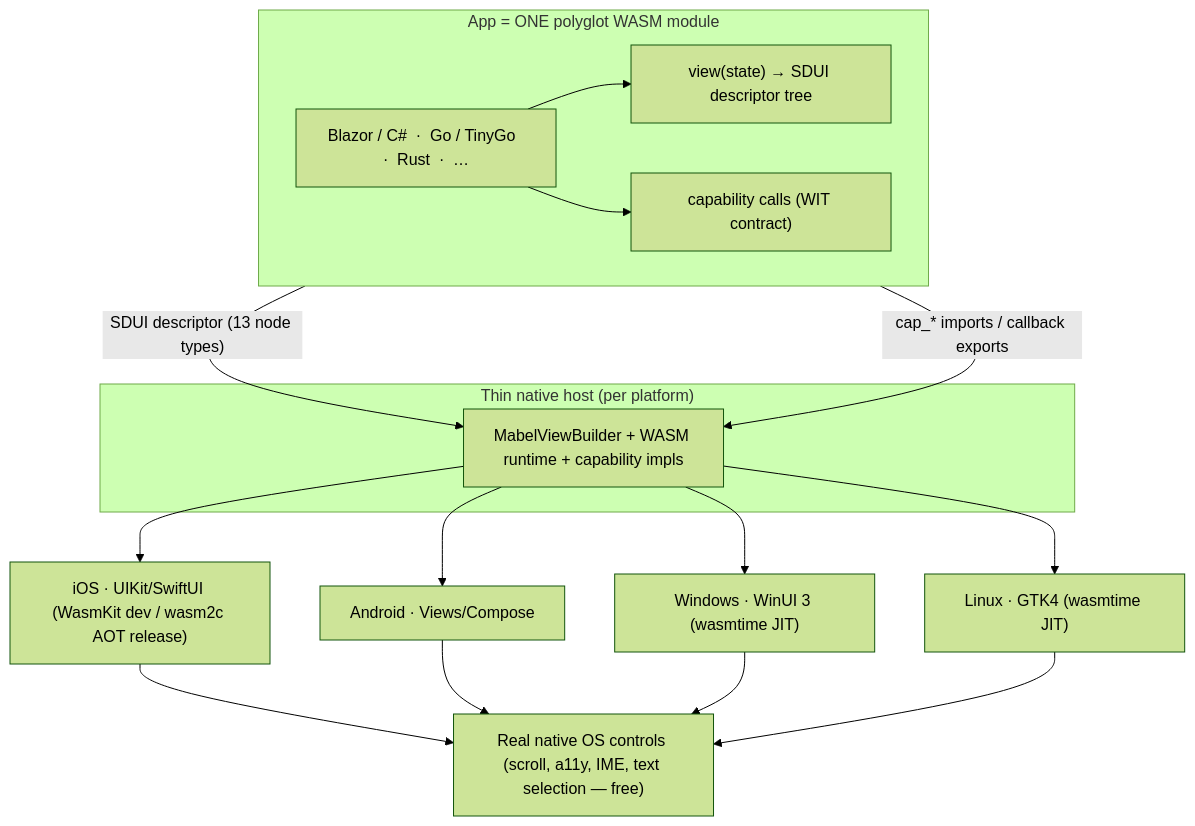
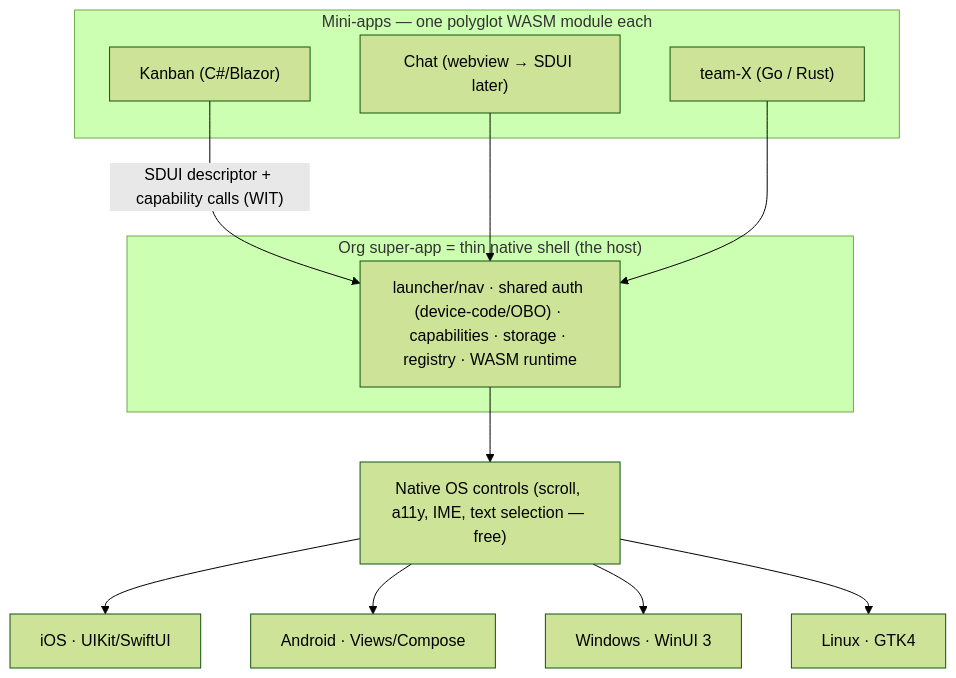
Before and after one commit to dmarquezbh/mabel-framework: the diagram in README.md, drawn with Mermaid (forest theme). The commit also changed other lines of this file and 8 other files, not shown here.

First line of the commit message:
docs(arch): reframe as Org super-app platform + OTA + polyglot authoring + status matrix

````diff
--- a/README.md
+++ b/README.md
@@ -26,25 +52,21 @@
 ```mermaid
 flowchart TD
-    subgraph guest["App = ONE polyglot WASM module"]
-        A["Blazor / C#  ·  Go / TinyGo  ·  Rust  ·  …"]
-        A --> B["view(state) → SDUI descriptor tree"]
-        A --> C["capability calls (WIT contract)"]
+    subgraph apps["Mini-apps — one polyglot WASM module each"]
+        M1["Kanban (C#/Blazor)"]
+        M2["Chat (webview → SDUI later)"]
+        M3["team-X (Go / Rust)"]
+    end
+    M1 -->|"SDUI descriptor + capability calls (WIT)"| SHELL
+    M2 --> SHELL
+    M3 --> SHELL
+
+    subgraph shell["Org super-app = thin native shell (the host)"]
+        SHELL["launcher/nav · shared auth (device-code/OBO) · capabilities · storage · registry · WASM runtime"]
     end
 
-    guest -->|"SDUI descriptor (13 node types)"| H
-    guest -->|"cap_* imports / callback exports"| H
-
-    subgraph hosts["Thin native host (per platform)"]
-        H["MabelViewBuilder + WASM runtime + capability impls"]
-    end
-
-    H --> iOS["iOS · UIKit/SwiftUI (WasmKit dev / wasm2c AOT release)"]
-    H --> Android["Android · Views/Compose"]
-    H --> Win["Windows · WinUI 3 (wasmtime JIT)"]
-    H --> Linux["Linux · GTK4 (wasmtime JIT)"]
-
-    iOS --> N["Real native OS controls (scroll, a11y, IME, text selection — free)"]
-    Android --> N
-    Win --> N
-    Linux --> N
+    SHELL --> R["Native OS controls (scroll, a11y, IME, text selection — free)"]
+    R --> P1["iOS · UIKit/SwiftUI"]
+    R --> P2["Android · Views/Compose"]
+    R --> P3["Windows · WinUI 3"]
+    R --> P4["Linux · GTK4"]
 ```
````
